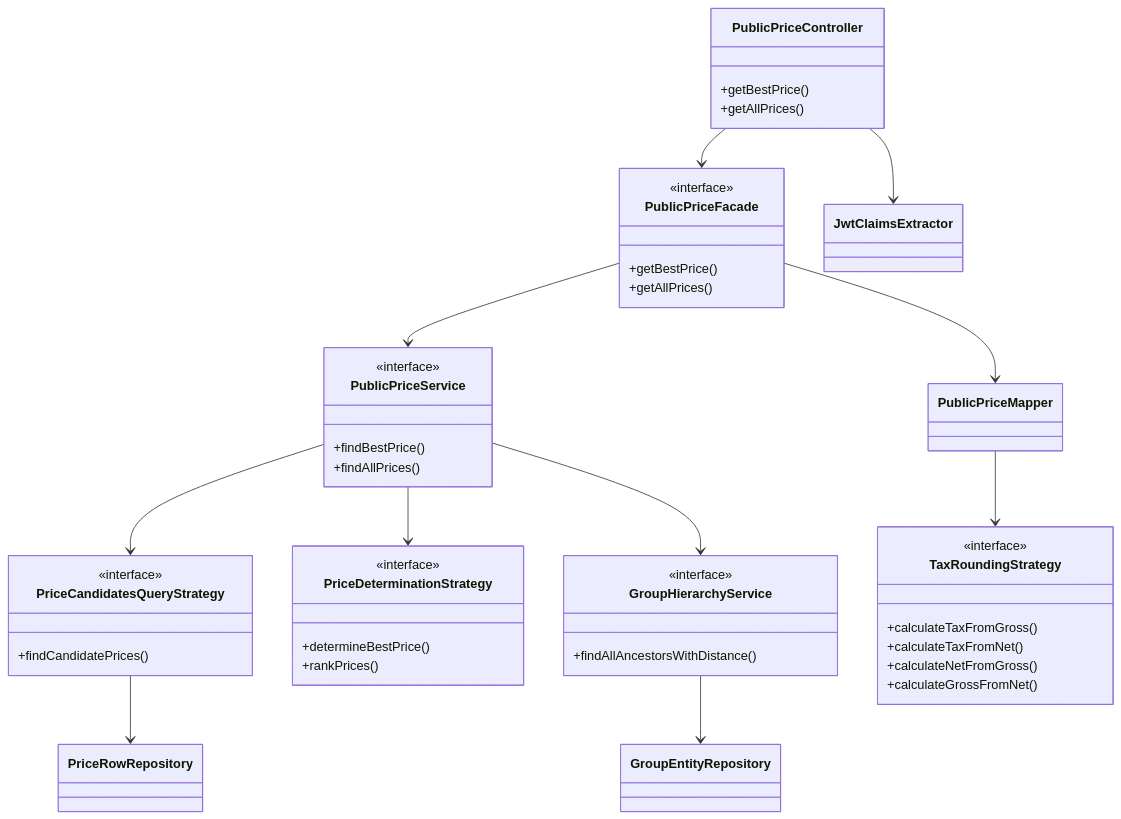
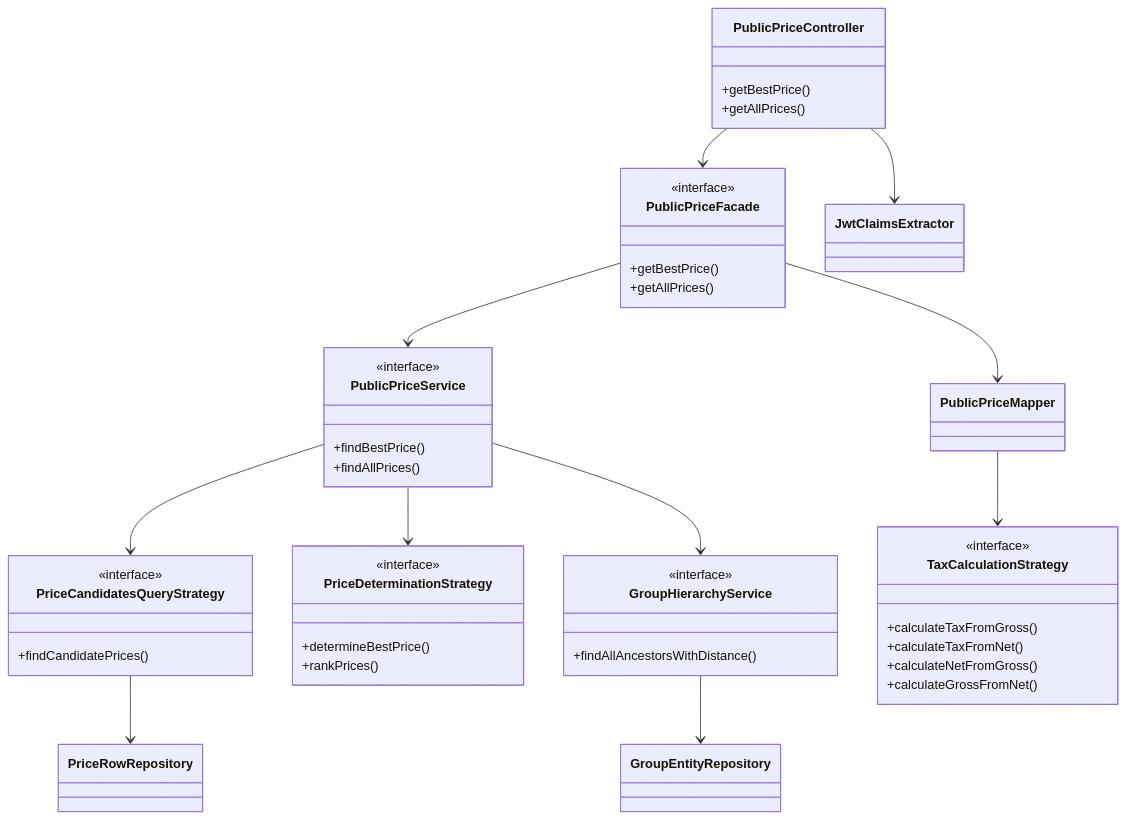
Before and after one commit to commerce-stack-solutions/priceprovider: the diagram in service/doc/030-features/040-public-price-api/020-developer-guide.md, drawn with Mermaid. The commit also changed 6 other files, not shown here.

Commit message:
Refactor tax strategy naming to calculation strategy

````diff
--- a/service/doc/030-features/040-public-price-api/020-developer-guide.md
+++ b/service/doc/030-features/040-public-price-api/020-developer-guide.md
@@ -25,54 +25,54 @@
 ```mermaid
 classDiagram
     PublicPriceController --> PublicPriceFacade
     PublicPriceController --> JwtClaimsExtractor
     PublicPriceFacade --> PublicPriceService
     PublicPriceFacade --> PublicPriceMapper
     PublicPriceService --> PriceCandidatesQueryStrategy
     PublicPriceService --> PriceDeterminationStrategy
     PublicPriceService --> GroupHierarchyService
     PriceCandidatesQueryStrategy --> PriceRowRepository
     GroupHierarchyService --> GroupEntityRepository
-    PublicPriceMapper --> TaxRoundingStrategy
+    PublicPriceMapper --> TaxCalculationStrategy
 
     class PublicPriceController {
         +getBestPrice()
         +getAllPrices()
     }
 
     class PublicPriceFacade {
         <<interface>>
         +getBestPrice()
         +getAllPrices()
     }
 
     class PublicPriceService {
         <<interface>>
         +findBestPrice()
         +findAllPrices()
     }
 
     class PriceCandidatesQueryStrategy {
         <<interface>>
         +findCandidatePrices()
     }
 
     class PriceDeterminationStrategy {
         <<interface>>
         +determineBestPrice()
         +rankPrices()
     }
 
     class GroupHierarchyService {
         <<interface>>
         +findAllAncestorsWithDistance()
     }
 
-    class TaxRoundingStrategy {
+    class TaxCalculationStrategy {
         <<interface>>
         +calculateTaxFromGross()
         +calculateTaxFromNet()
         +calculateNetFromGross()
         +calculateGrossFromNet()
     }
 ```
````
